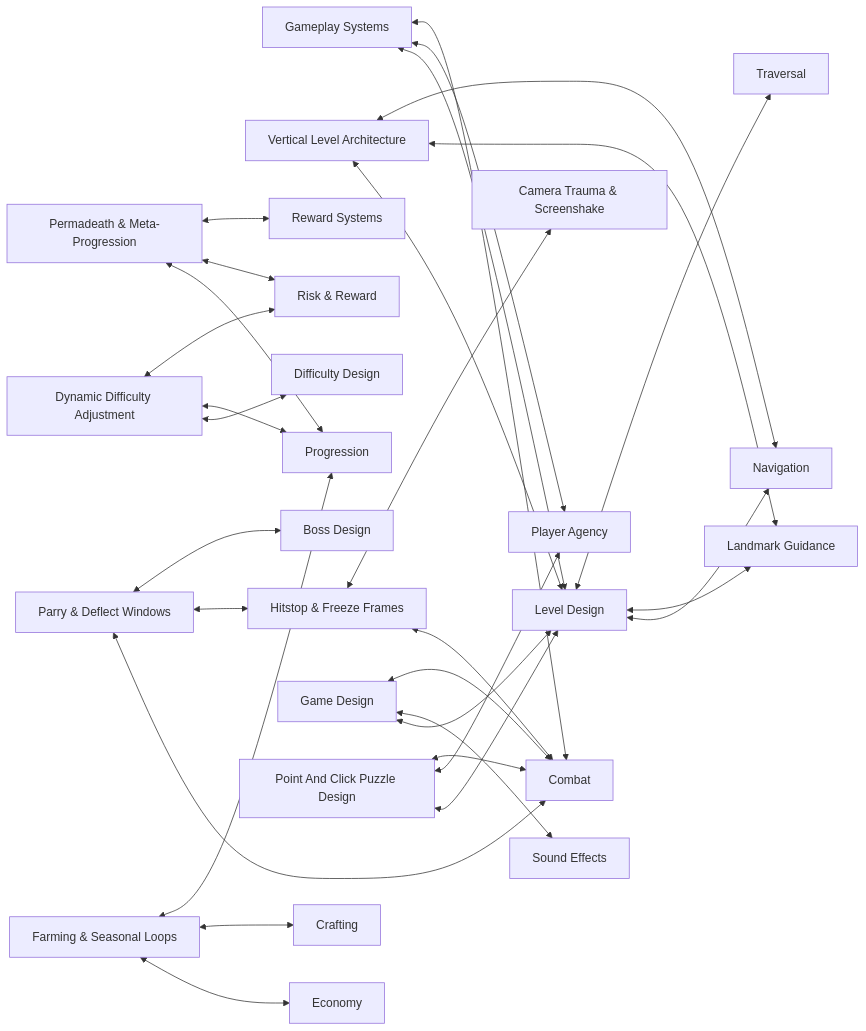
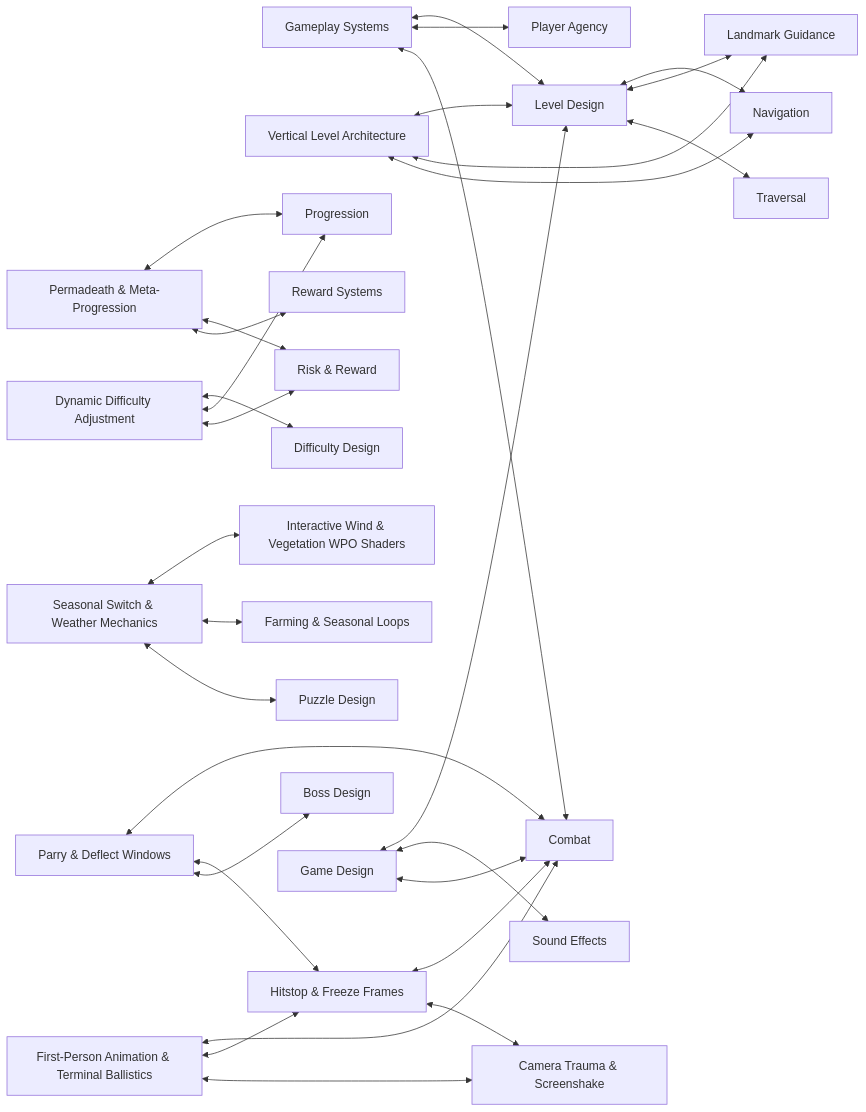
Before and after one commit to emirkankirman2-arch/gamedev-mechanics-vault: the diagram in linked_systems_graph.md, drawn with Mermaid. The commit also changed other lines of this file and 178 other files, not shown here.

````diff
--- a/linked_systems_graph.md
+++ b/linked_systems_graph.md
@@ -12,32 +12,32 @@
 ```mermaid
 graph LR
     Gameplay_Systems["Gameplay Systems"] <--> Level_Design["Level Design"]
     Gameplay_Systems["Gameplay Systems"] <--> Player_Agency["Player Agency"]
     Gameplay_Systems["Gameplay Systems"] <--> Combat["Combat"]
     Vertical_Level_Architecture["Vertical Level Architecture"] <--> Level_Design["Level Design"]
     Vertical_Level_Architecture["Vertical Level Architecture"] <--> Landmark_Guidance["Landmark Guidance"]
     Vertical_Level_Architecture["Vertical Level Architecture"] <--> Navigation["Navigation"]
+    First_Person_Animation_Terminal_Ballistics["First-Person Animation & Terminal Ballistics"] <--> Combat["Combat"]
+    First_Person_Animation_Terminal_Ballistics["First-Person Animation & Terminal Ballistics"] <--> Hitstop_Freeze_Frames["Hitstop & Freeze Frames"]
+    First_Person_Animation_Terminal_Ballistics["First-Person Animation & Terminal Ballistics"] <--> Camera_Trauma_Screenshake["Camera Trauma & Screenshake"]
     Permadeath_Meta_Progression["Permadeath & Meta-Progression"] <--> Progression["Progression"]
     Permadeath_Meta_Progression["Permadeath & Meta-Progression"] <--> Risk_Reward["Risk & Reward"]
     Permadeath_Meta_Progression["Permadeath & Meta-Progression"] <--> Reward_Systems["Reward Systems"]
+    Seasonal_Switch_Weather_Mechanics["Seasonal Switch & Weather Mechanics"] <--> Interactive_Wind_Vegetation_WPO_Shaders["Interactive Wind & Vegetation WPO Shaders"]
+    Seasonal_Switch_Weather_Mechanics["Seasonal Switch & Weather Mechanics"] <--> Farming_Seasonal_Loops["Farming & Seasonal Loops"]
+    Seasonal_Switch_Weather_Mechanics["Seasonal Switch & Weather Mechanics"] <--> Puzzle_Design["Puzzle Design"]
     Parry_Deflect_Windows["Parry & Deflect Windows"] <--> Combat["Combat"]
     Parry_Deflect_Windows["Parry & Deflect Windows"] <--> Hitstop_Freeze_Frames["Hitstop & Freeze Frames"]
     Parry_Deflect_Windows["Parry & Deflect Windows"] <--> Boss_Design["Boss Design"]
     Hitstop_Freeze_Frames["Hitstop & Freeze Frames"] <--> Combat["Combat"]
     Hitstop_Freeze_Frames["Hitstop & Freeze Frames"] <--> Camera_Trauma_Screenshake["Camera Trauma & Screenshake"]
     Dynamic_Difficulty_Adjustment["Dynamic Difficulty Adjustment"] <--> Difficulty_Design["Difficulty Design"]
     Dynamic_Difficulty_Adjustment["Dynamic Difficulty Adjustment"] <--> Progression["Progression"]
     Dynamic_Difficulty_Adjustment["Dynamic Difficulty Adjustment"] <--> Risk_Reward["Risk & Reward"]
     Game_Design["Game Design"] <--> Level_Design["Level Design"]
     Game_Design["Game Design"] <--> Sound_Effects["Sound Effects"]
     Game_Design["Game Design"] <--> Combat["Combat"]
     Level_Design["Level Design"] <--> Navigation["Navigation"]
     Level_Design["Level Design"] <--> Landmark_Guidance["Landmark Guidance"]
     Level_Design["Level Design"] <--> Traversal["Traversal"]
-    Point_And_Click_Puzzle_Design["Point And Click Puzzle Design"] <--> Level_Design["Level Design"]
-    Point_And_Click_Puzzle_Design["Point And Click Puzzle Design"] <--> Player_Agency["Player Agency"]
-    Point_And_Click_Puzzle_Design["Point And Click Puzzle Design"] <--> Combat["Combat"]
-    Farming_Seasonal_Loops["Farming & Seasonal Loops"] <--> Economy["Economy"]
-    Farming_Seasonal_Loops["Farming & Seasonal Loops"] <--> Crafting["Crafting"]
-    Farming_Seasonal_Loops["Farming & Seasonal Loops"] <--> Progression["Progression"]
 ```
````
